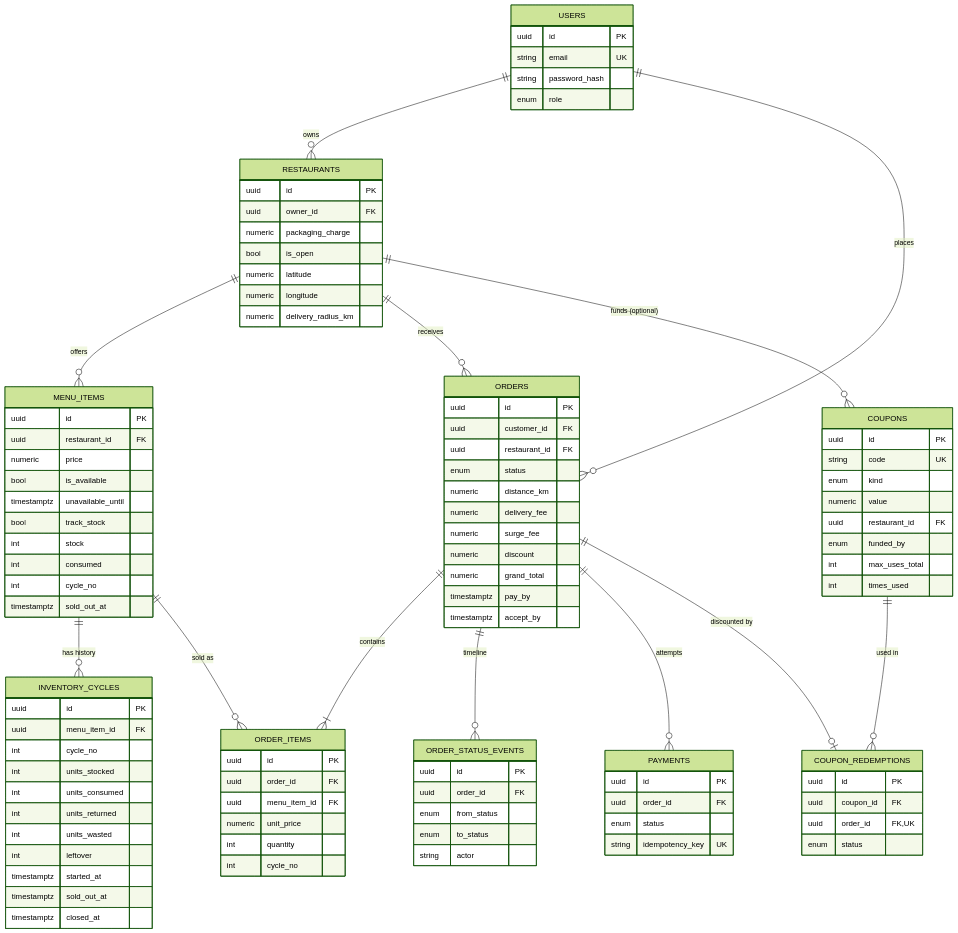
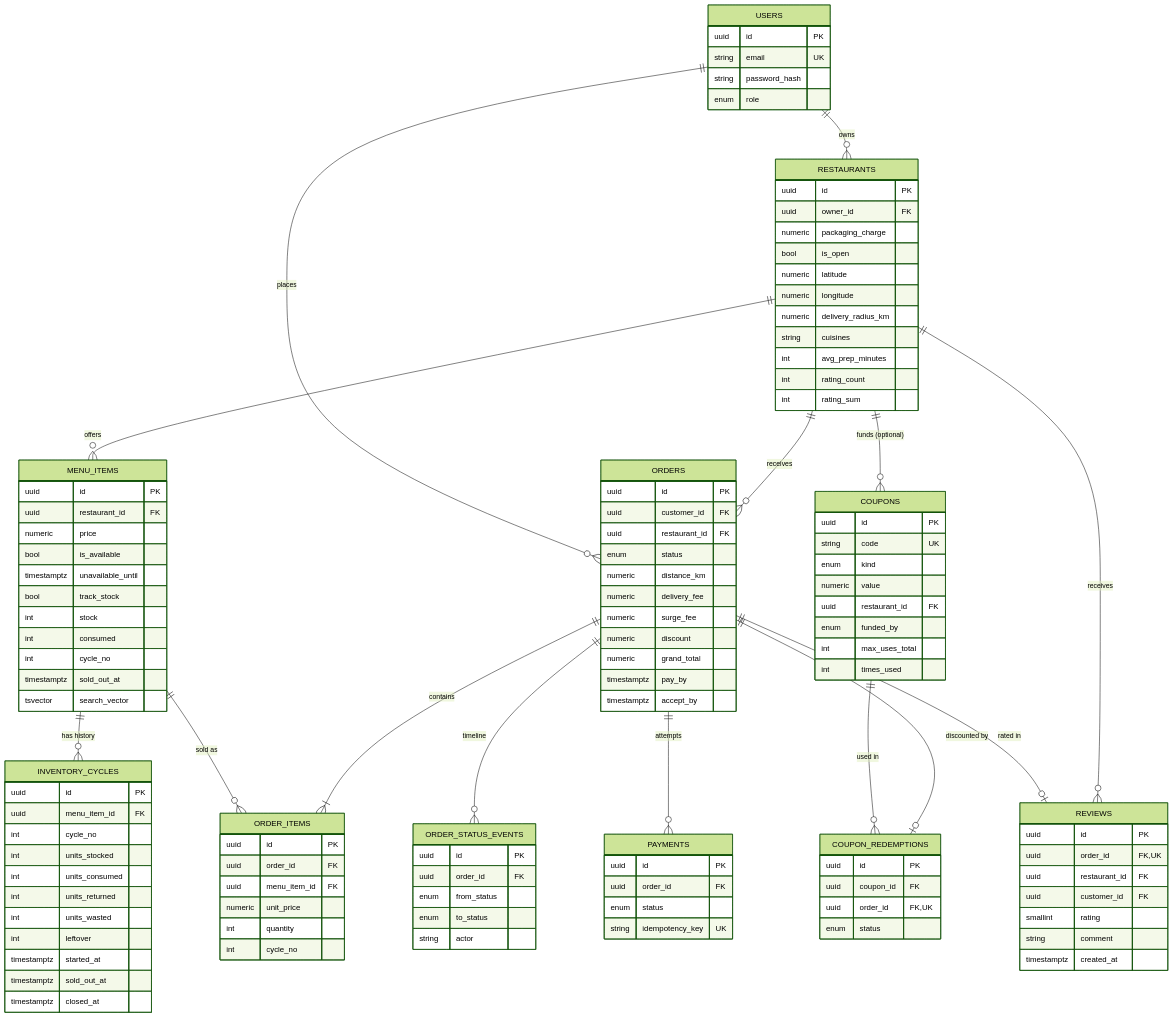
One commit to revant123/QuickServe changed the third of 19 diagrams in README.md. Above: the diagram before and after it, drawn with Mermaid (forest theme). The commit also changed other lines of this file, not shown here.

```diff
--- a/README.md
+++ b/README.md
@@ -349,6 +351,8 @@
     COUPONS ||--o{ COUPON_REDEMPTIONS : "used in"
     ORDERS ||--o| COUPON_REDEMPTIONS : "discounted by"
     RESTAURANTS ||--o{ COUPONS : "funds (optional)"
+    ORDERS ||--o| REVIEWS : "rated in"
+    RESTAURANTS ||--o{ REVIEWS : receives
 
     USERS {
         uuid id PK
@@ -364,6 +368,19 @@
         numeric latitude
         numeric longitude
         numeric delivery_radius_km
+        string cuisines
+        int avg_prep_minutes
+        int rating_count
+        int rating_sum
+    }
+    REVIEWS {
+        uuid id PK
+        uuid order_id FK,UK
+        uuid restaurant_id FK
+        uuid customer_id FK
+        smallint rating
+        string comment
+        timestamptz created_at
     }
     MENU_ITEMS {
         uuid id PK
@@ -376,6 +393,7 @@
         int consumed
         int cycle_no
         timestamptz sold_out_at
+        tsvector search_vector
     }
     INVENTORY_CYCLES {
         uuid id PK
```
